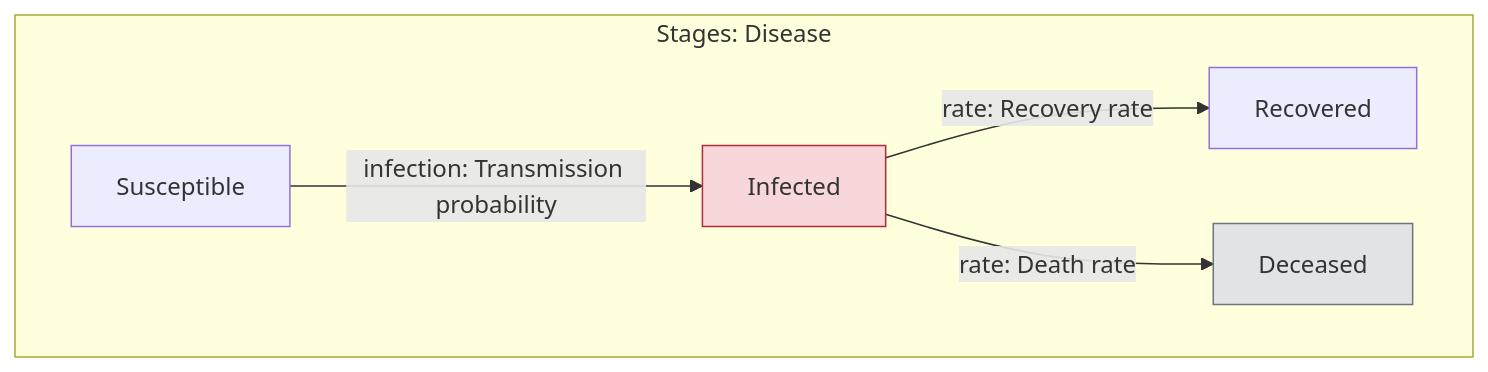
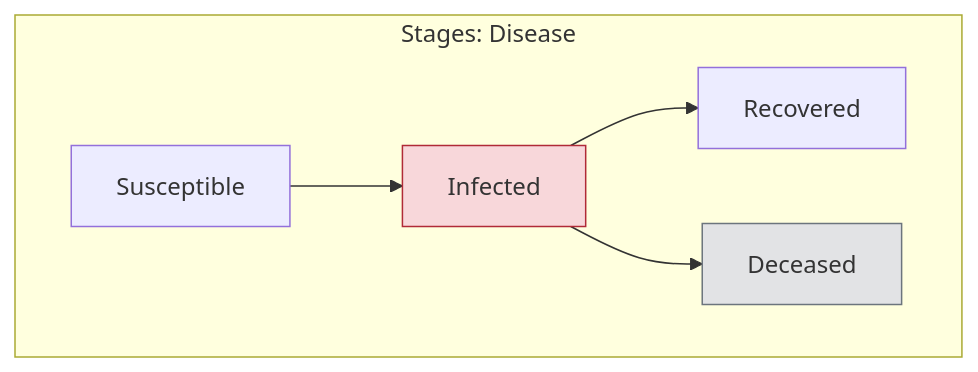
Before and after one commit to UofUEpiBio/epiworldpy: the diagram in epiworldpy/include/epiworld/models/sird.mmd, drawn with Mermaid. The commit also changed 16 other files, not shown here.

First line of the commit message:
Port epiworld NH-close: diagrams without transition labels (UofUEpiBio/epiworld#370)

```diff
--- a/epiworldpy/include/epiworld/models/sird.mmd
+++ b/epiworldpy/include/epiworld/models/sird.mmd
@@ -1,15 +1,15 @@
 %% Drawn from the model's declarations by `make diagrams`; do not edit.
 flowchart LR
     subgraph stages["Stages: Disease"]
         direction LR
         s0["Susceptible"]
         s1["Infected"]:::infectious
         s2["Recovered"]
         s3["Deceased"]:::away
-        s0 -->|"infection: Transmission probability"| s1
-        s1 -->|"rate: Recovery rate"| s2
-        s1 -->|"rate: Death rate"| s3
+        s0 --> s1
+        s1 --> s2
+        s1 --> s3
     end
     classDef infectious fill:#f8d7da,stroke:#b02a37
     classDef carrier fill:#fff3cd,stroke:#997404
     classDef away fill:#e2e3e5,stroke:#6c757d
```
